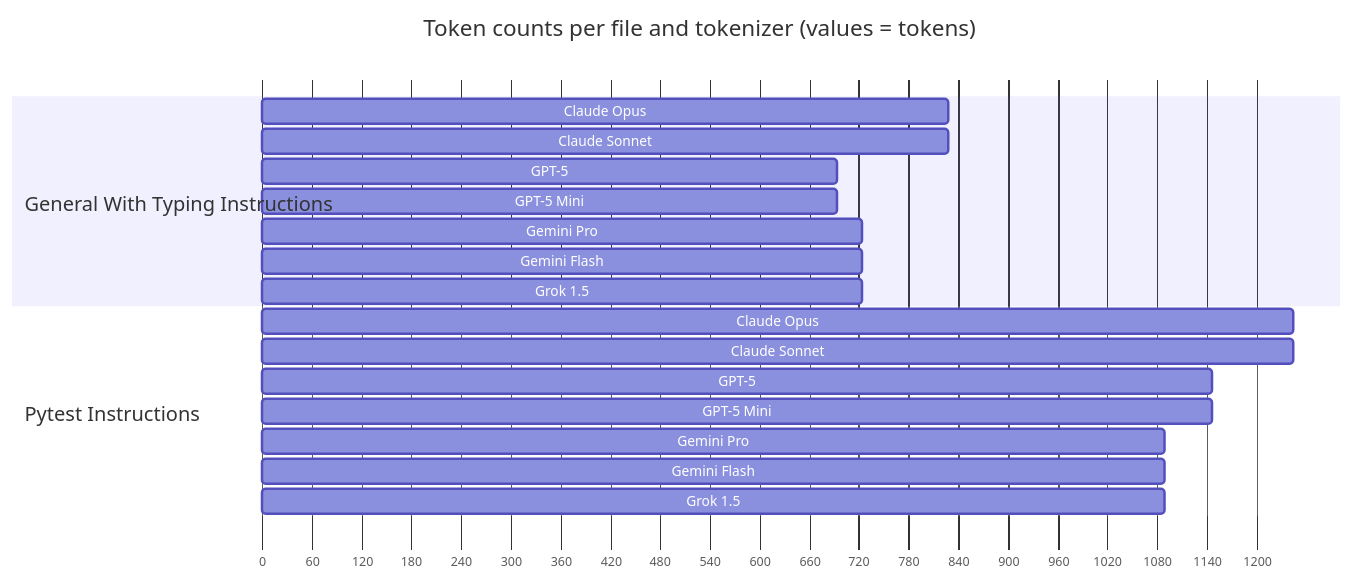
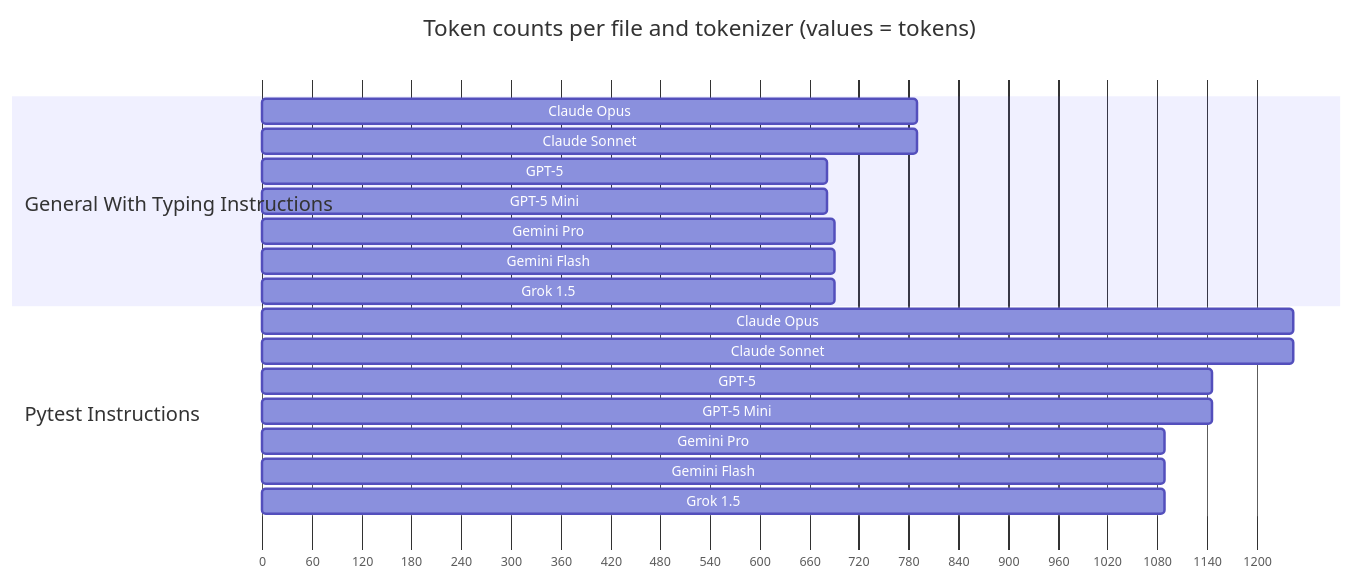
Before and after one commit to vodkar/vscode-copilot-prompts: the diagram in languages/python/README.md, drawn with Mermaid. The commit also changed 2 other files, not shown here.

Commit message:
Updated token sizes

````diff
--- a/languages/python/README.md
+++ b/languages/python/README.md
@@ -9,26 +9,26 @@
 ```mermaid
 %%{init: {'gantt': {'leftPadding': 200, 'rightPadding': 75, 'topPadding': 75, 'fontSize': 11, 'sectionFontSize': 16}}}%%
 gantt
     title Token counts per file and tokenizer (values = tokens)
     dateFormat  X
     axisFormat  %s
 
     section General With Typing Instructions
-    Claude Opus    : 0, 828
-    Claude Sonnet  : 0, 828
-    GPT-5          : 0, 693
-    GPT-5 Mini     : 0, 693
-    Gemini Pro     : 0, 724
-    Gemini Flash   : 0, 724
-    Grok 1.5       : 0, 724
+    Claude Opus    : 0, 790
+    Claude Sonnet  : 0, 790
+    GPT-5          : 0, 681
+    GPT-5 Mini     : 0, 681
+    Gemini Pro     : 0, 691
+    Gemini Flash   : 0, 691
+    Grok 1.5       : 0, 691
 
     section Pytest Instructions
     Claude Opus    : 0, 1244
     Claude Sonnet  : 0, 1244
     GPT-5          : 0, 1146
     GPT-5 Mini     : 0, 1146
     Gemini Pro     : 0, 1088
     Gemini Flash   : 0, 1088
     Grok 1.5       : 0, 1088
 
 ```
````
